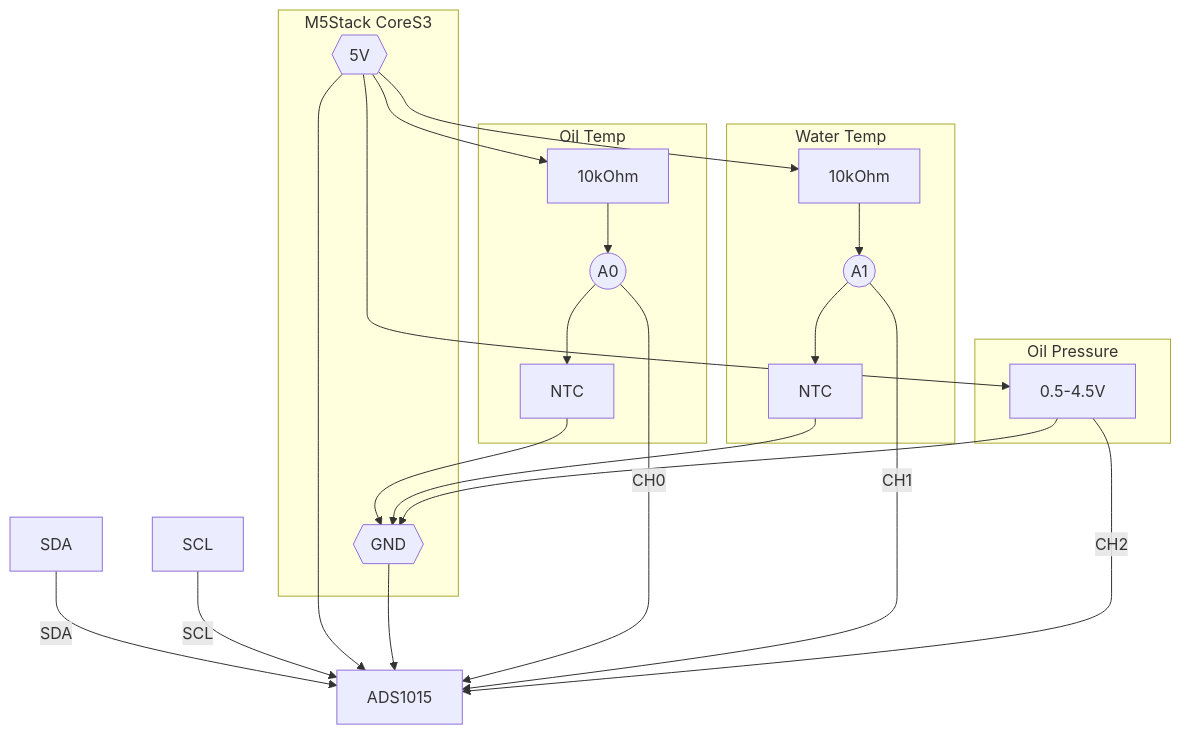
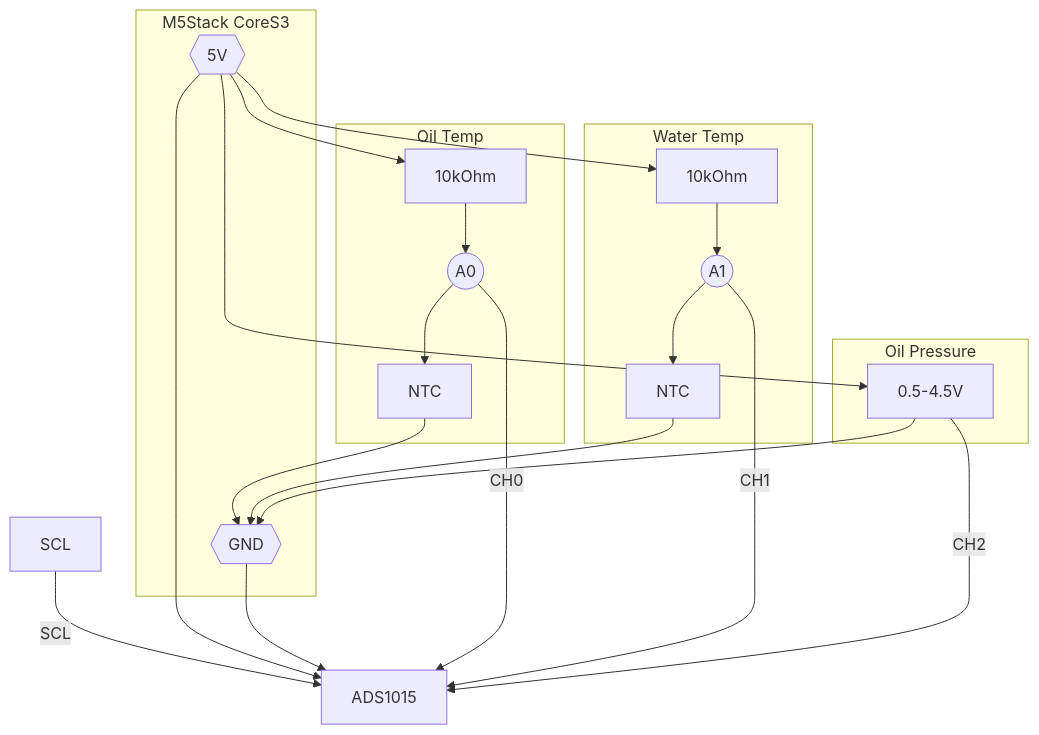
The diagram in README.md (puriso/racing_guage), drawn with Mermaid before and after one commit.

````diff
--- a/README.md
+++ b/README.md
@@ -47,36 +47,35 @@
 ```mermaid
 graph TD
     subgraph "M5Stack CoreS3"
         V5{{5V}}
         GND{{GND}}
     end
 
     ADS[ADS1015]
 
-    SDA -- SDA --> ADS
     SCL -- SCL --> ADS
     V5 --> ADS
     GND --> ADS
 
     subgraph "Oil Temp"
         R1[10kOhm]
         NTC1[NTC]
         V5 --> R1 --> AN0((A0))
         AN0 --> NTC1 --> GND
     end
     AN0 -- CH0 --> ADS
 
     subgraph "Water Temp"
         R2[10kOhm]
         NTC2[NTC]
         V5 --> R2 --> AN1((A1))
         AN1 --> NTC2 --> GND
     end
     AN1 -- CH1 --> ADS
 
     subgraph "Oil Pressure"
         OilP["0.5-4.5V"]
         V5 --> OilP --> GND
     end
     OilP -- CH2 --> ADS
 ```
````
